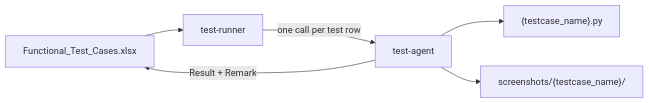
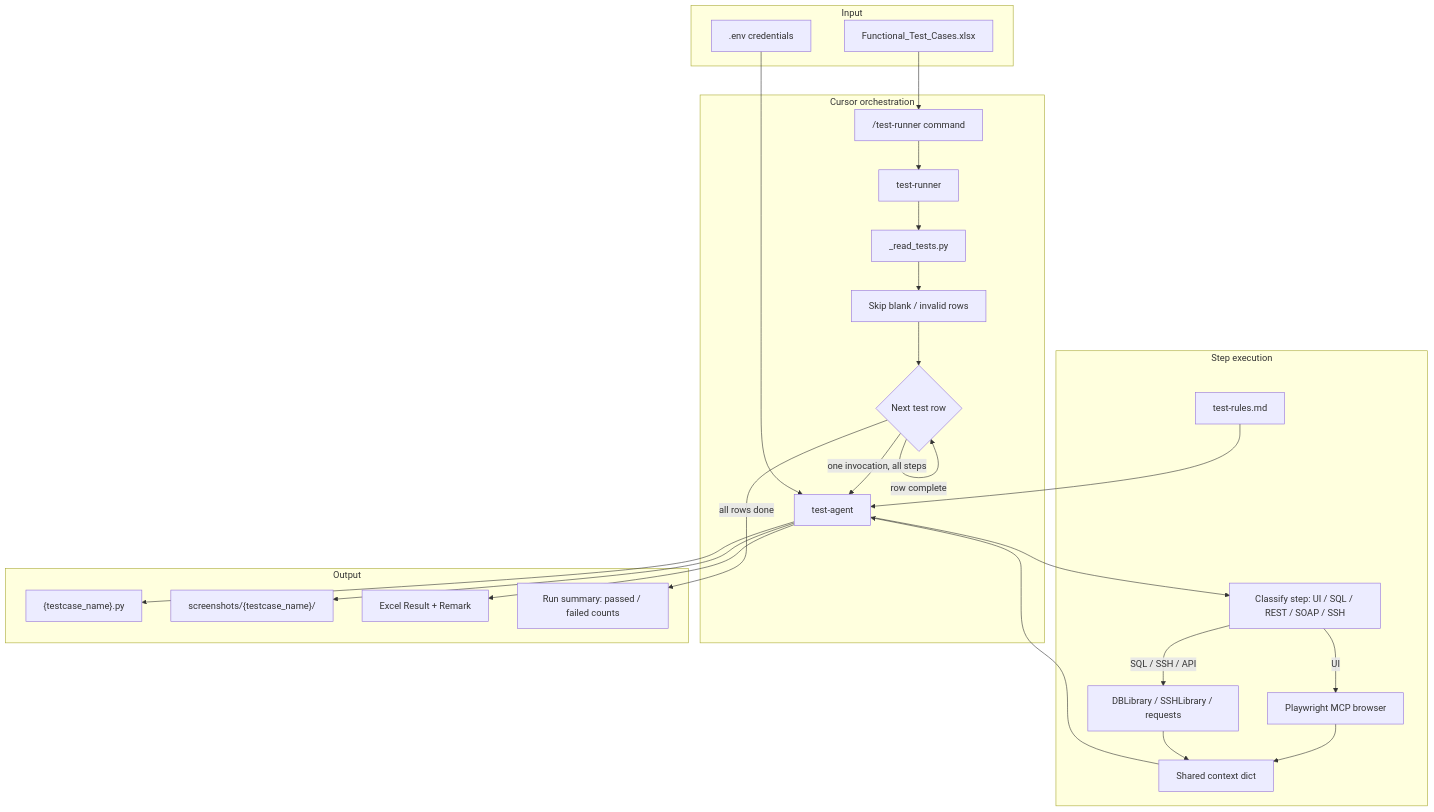
Before and after one commit to Vikash3397/Testing_Automation_FAM: the first of 3 diagrams in README.md, drawn with Mermaid. The commit also changed other lines of this file, not shown here.

````diff
--- a/README.md
+++ b/README.md
@@ -89,14 +16,51 @@
 ```mermaid
-flowchart LR
-  Excel[Functional_Test_Cases.xlsx]
-  Runner[test-runner]
-  Agent[test-agent]
-  Script["{testcase_name}.py"]
-  Shots["screenshots/{testcase_name}/"]
+flowchart TB
+  subgraph Input
+    Excel[Functional_Test_Cases.xlsx]
+    Env[.env credentials]
+  end
 
-  Excel --> Runner
-  Runner -->|"one call per test row"| Agent
+  subgraph Orchestration["Cursor orchestration"]
+    CMD["/test-runner command"]
+    Read["_read_tests.py"]
+    Skip[Skip blank / invalid rows]
+    Loop{Next test row}
+    Runner[test-runner]
+    Agent[test-agent]
+  end
+
+  subgraph Execution["Step execution"]
+    Rules[test-rules.md]
+    Infer[Classify step: UI / SQL / REST / SOAP / SSH]
+    PW[Playwright MCP browser]
+    Libs[DBLibrary / SSHLibrary / requests]
+    Ctx[Shared context dict]
+  end
+
+  subgraph Output
+    Script["{testcase_name}.py"]
+    Shots["screenshots/{testcase_name}/"]
+    Results[Excel Result + Remark]
+    Summary[Run summary: passed / failed counts]
+  end
+
+  Excel --> CMD
+  CMD --> Runner
+  Runner --> Read
+  Read --> Skip
+  Skip --> Loop
+  Loop -->|one invocation, all steps| Agent
+  Env --> Agent
+  Rules --> Agent
+  Agent --> Infer
+  Infer -->|UI| PW
+  Infer -->|SQL / SSH / API| Libs
+  PW --> Ctx
+  Libs --> Ctx
+  Ctx --> Agent
   Agent --> Script
   Agent --> Shots
-  Agent -->|"Result + Remark"| Excel
+  Agent --> Results
+  Loop -->|row complete| Loop
+  Loop -->|all rows done| Summary
 ```
````
